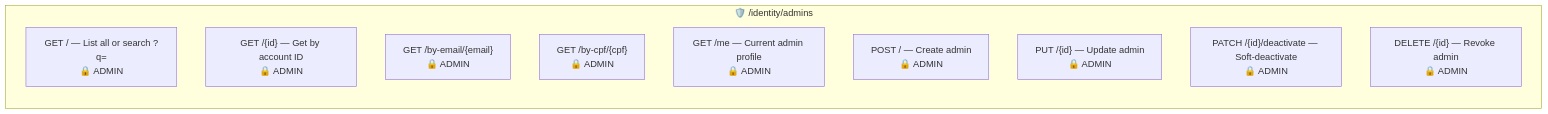
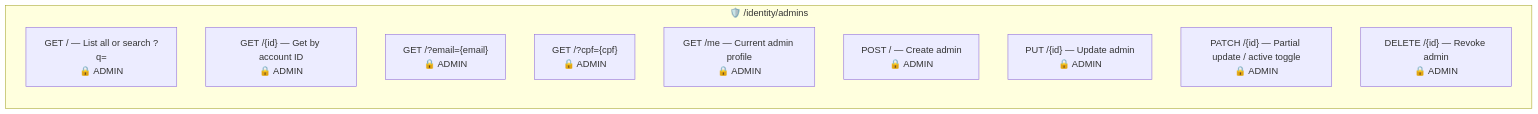
The fifth of 7 diagrams in src/main/java/br/org/catolicasc/pug/identity/README.md (Plataforma-Universidade-Gratuita/pug-service), drawn with Mermaid before and after one commit. The commit also changed other lines of this file and 89 other files, not shown here.

````diff
--- a/src/main/java/br/org/catolicasc/pug/identity/README.md
+++ b/src/main/java/br/org/catolicasc/pug/identity/README.md
@@ -136,15 +136,15 @@
 ```mermaid
 graph LR
     subgraph Admins["🛡️ /identity/admins"]
         direction TB
         GET_LIST["GET / — List all or search ?q=<br/>🔒 ADMIN"]
         GET_ID["GET /{id} — Get by account ID<br/>🔒 ADMIN"]
-        GET_EMAIL["GET /by-email/{email}<br/>🔒 ADMIN"]
-        GET_CPF["GET /by-cpf/{cpf}<br/>🔒 ADMIN"]
+        GET_EMAIL["GET /?email={email}<br/>🔒 ADMIN"]
+        GET_CPF["GET /?cpf={cpf}<br/>🔒 ADMIN"]
         GET_ME["GET /me — Current admin profile<br/>🔒 ADMIN"]
         POST["POST / — Create admin<br/>🔒 ADMIN"]
         PUT["PUT /{id} — Update admin<br/>🔒 ADMIN"]
-        PATCH["PATCH /{id}/deactivate — Soft-deactivate<br/>🔒 ADMIN"]
+        PATCH["PATCH /{id} — Partial update / active toggle<br/>🔒 ADMIN"]
         DELETE["DELETE /{id} — Revoke admin<br/>🔒 ADMIN"]
     end
 ```
````
